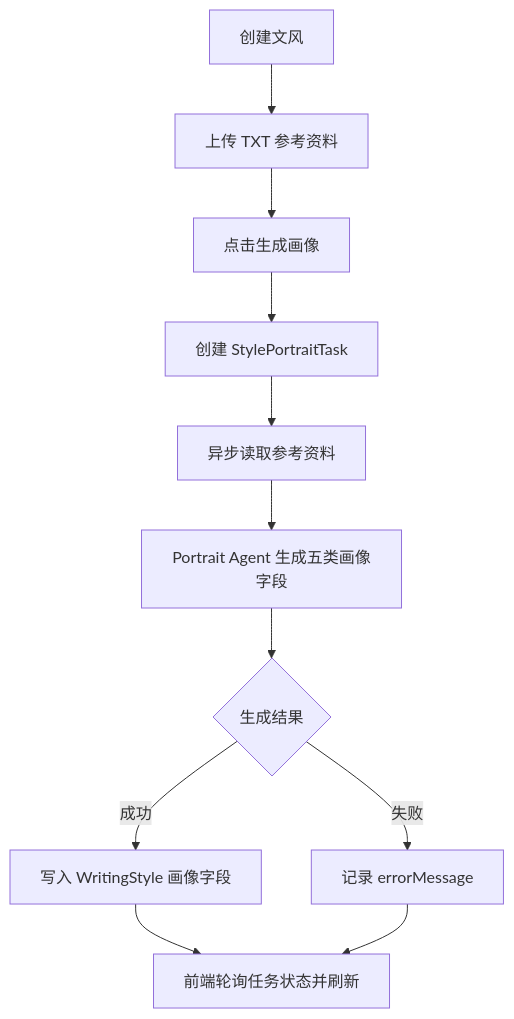
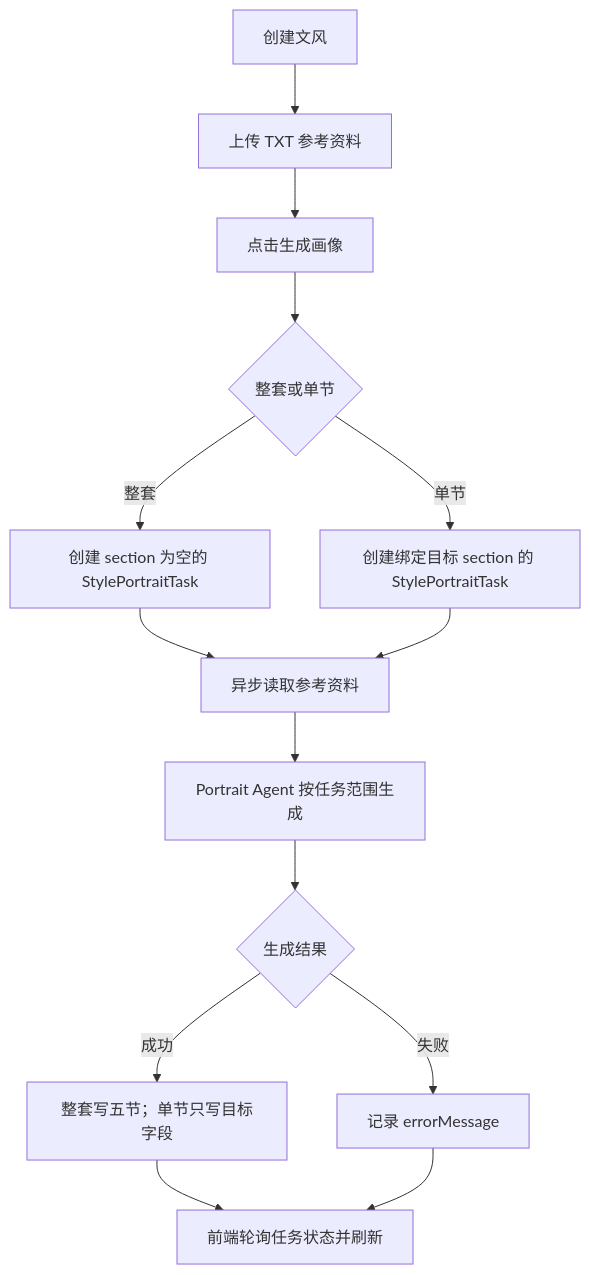
Before and after one commit to chimeiwang/Smart-Novel-Gen-nie: the second of 3 diagrams in docs/requirements/02-creative-knowledge-base.md, drawn with Mermaid. The commit also changed other lines of this file and 5 other files, not shown here.

```diff
--- a/docs/requirements/02-creative-knowledge-base.md
+++ b/docs/requirements/02-creative-knowledge-base.md
@@ -341,13 +341,16 @@
 ~~~mermaid
 flowchart TD
     A["创建文风"] --> B["上传 TXT 参考资料"]
     B --> C["点击生成画像"]
-    C --> D["创建 StylePortraitTask"]
-    D --> E["异步读取参考资料"]
-    E --> F["Portrait Agent 生成五类画像字段"]
-    F --> G{"生成结果"}
-    G -->|"成功"| H["写入 WritingStyle 画像字段"]
-    G -->|"失败"| I["记录 errorMessage"]
-    H --> J["前端轮询任务状态并刷新"]
-    I --> J
+    C --> D{"整套或单节"}
+    D -->|"整套"| E["创建 section 为空的 StylePortraitTask"]
+    D -->|"单节"| F["创建绑定目标 section 的 StylePortraitTask"]
+    E --> G["异步读取参考资料"]
+    F --> G
+    G --> H["Portrait Agent 按任务范围生成"]
+    H --> I{"生成结果"}
+    I -->|"成功"| J["整套写五节；单节只写目标字段"]
+    I -->|"失败"| K["记录 errorMessage"]
+    J --> L["前端轮询任务状态并刷新"]
+    K --> L
 ~~~
```
